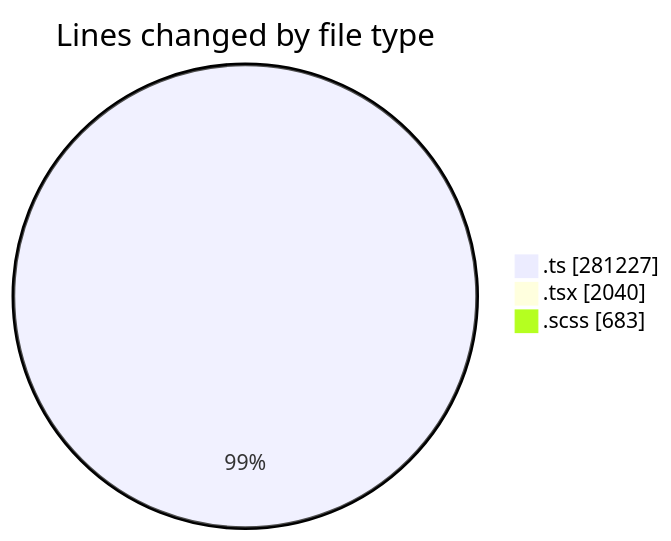
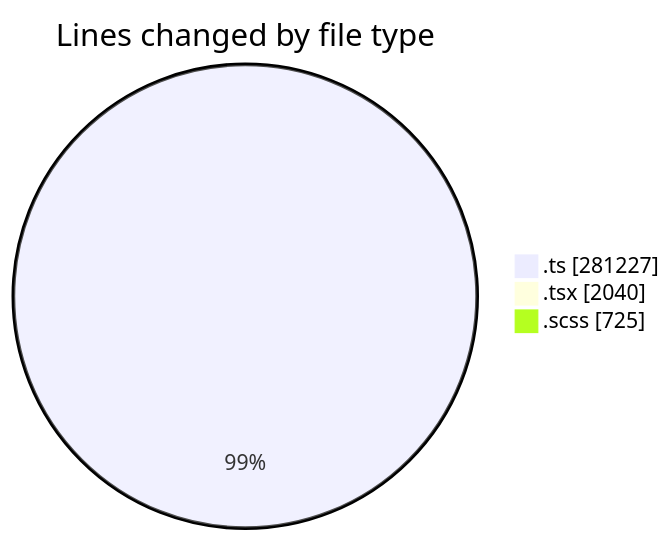
The first of 2 diagrams in 2025-08-22/cda/README.md (momahboobian/code-tracking), drawn with Mermaid before and after one commit. The commit also changed other lines of this file and 1 other file, not shown here.

````diff
--- a/2025-08-22/cda/README.md
+++ b/2025-08-22/cda/README.md
@@ -42,7 +42,7 @@
 ```mermaid
 pie showData
 title Lines changed by file type
 ".ts" : 281227
 ".tsx" : 2040
-".scss" : 683
+".scss" : 725
 ```
````
